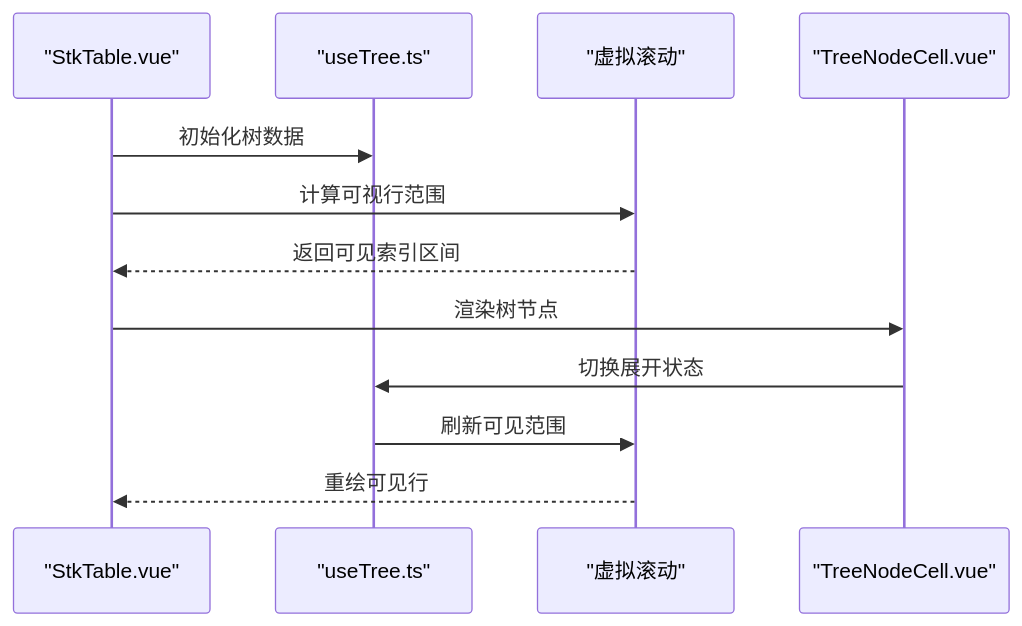
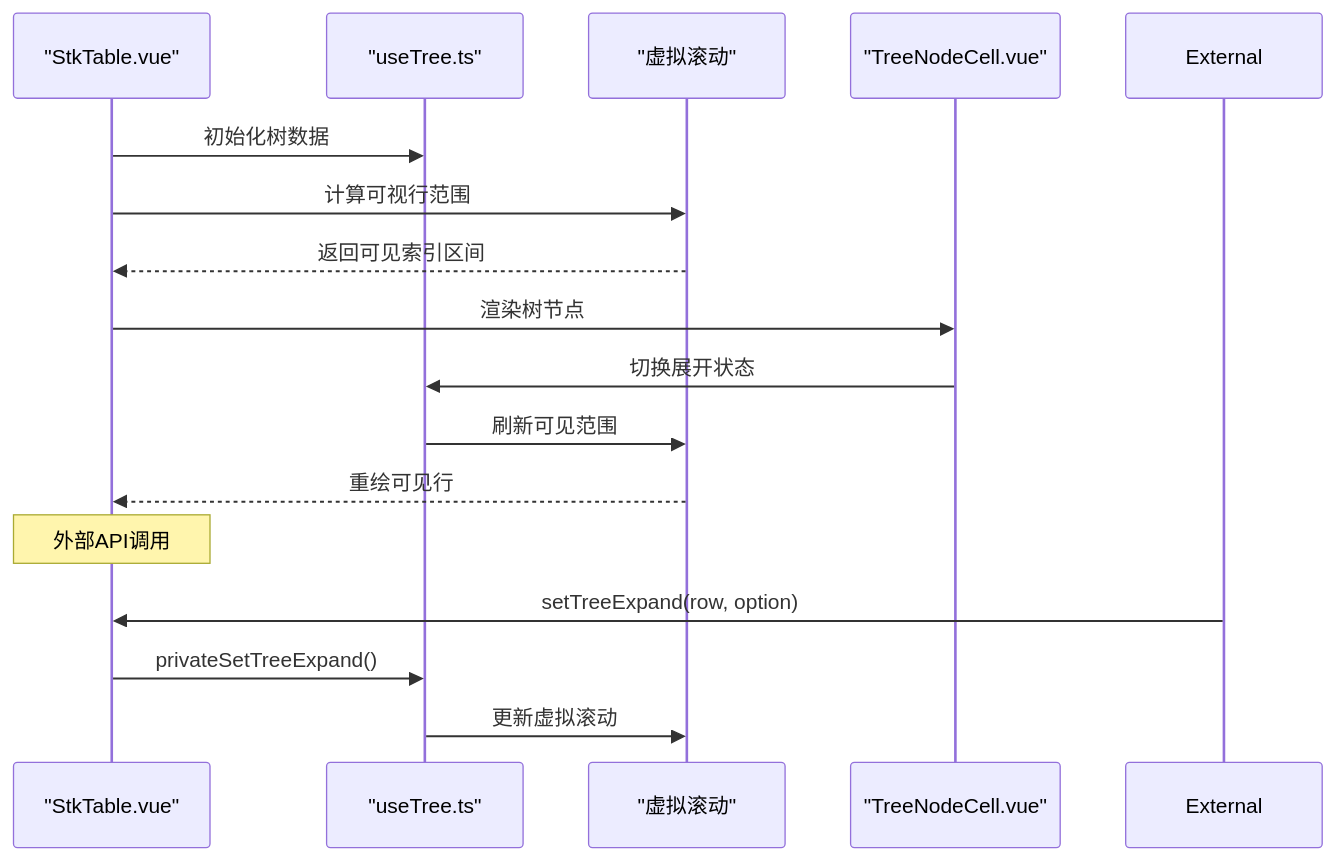
Before and after one commit to ja-plus/stk-table-vue: the fifth of 6 diagrams in .qoder/repowiki/zh/content/高级功能/树形数据.md, drawn with Mermaid. The commit also changed other lines of this file and 6 other files, not shown here.

Commit message:
fix: `setTreeExpand` &  setRowExpand` number rowKey

````diff
--- a/.qoder/repowiki/zh/content/高级功能/树形数据.md
+++ b/.qoder/repowiki/zh/content/高级功能/树形数据.md
@@ -201,14 +222,18 @@
 ```mermaid
 sequenceDiagram
 participant Table as "StkTable.vue"
 participant Tree as "useTree.ts"
 participant Virtual as "虚拟滚动"
 participant Cell as "TreeNodeCell.vue"
 Table->>Tree : 初始化树数据
 Table->>Virtual : 计算可视行范围
 Virtual-->>Table : 返回可见索引区间
 Table->>Cell : 渲染树节点
 Cell->>Tree : 切换展开状态
 Tree->>Virtual : 刷新可见范围
 Virtual-->>Table : 重绘可见行
+Note over Table : 外部API调用
+External->>Table : setTreeExpand(row, option)
+Table->>Tree : privateSetTreeExpand()
+Tree->>Virtual : 更新虚拟滚动
 ```
````
